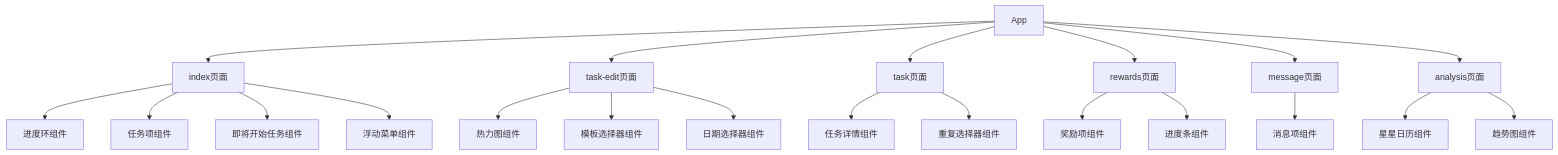
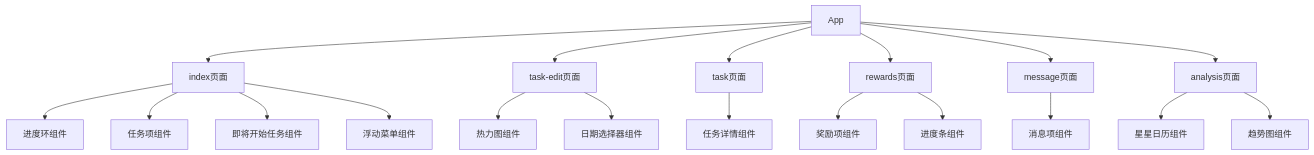
One commit to wangdafei091/study_task_wechat changed the first of 5 diagrams in docs/architecture/system_architecture.md. Above: the diagram before and after it, drawn with Mermaid. The commit also changed other lines of this file and 8 other files, not shown here.

````diff
--- a/docs/architecture/system_architecture.md
+++ b/docs/architecture/system_architecture.md
@@ -35,29 +45,27 @@
 ```mermaid
 graph TD
     A[App] --> B[index页面]
     A --> C[task-edit页面]
     A --> D[task页面]
     A --> E[rewards页面]
     A --> F[message页面]
     A --> G[analysis页面]
     
     B --> H[进度环组件]
     B --> I[任务项组件]
     B --> J[即将开始任务组件]
     B --> K[浮动菜单组件]
     
     C --> L[热力图组件]
-    C --> M[模板选择器组件]
-    C --> N[日期选择器组件]
+    C --> M[日期选择器组件]
     
     D --> O[任务详情组件]
-    D --> P[重复选择器组件]
     
     E --> Q[奖励项组件]
     E --> R[进度条组件]
     
     F --> S[消息项组件]
     
     G --> T[星星日历组件]
     G --> U[趋势图组件]
 ```
````
